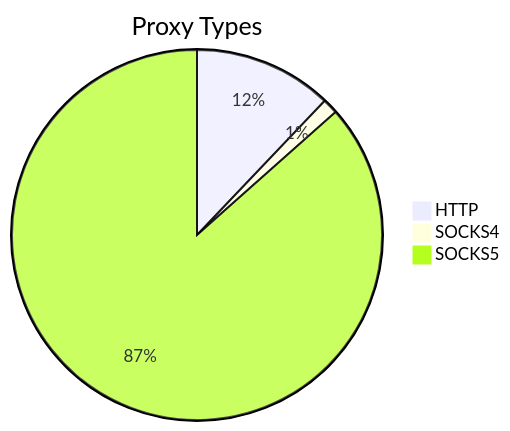
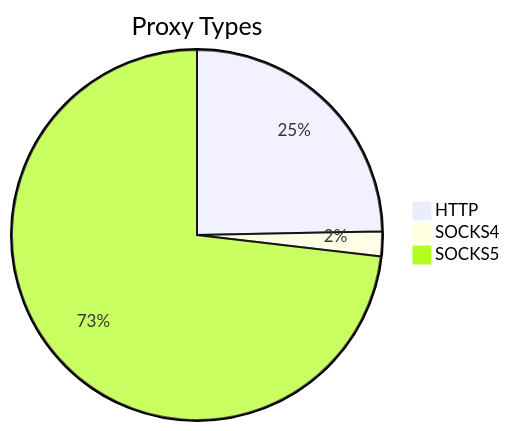
One commit to stormsia/proxy-list changed the first of 2 diagrams in README.md. Above: the diagram before and after it, drawn with Mermaid. The commit also changed other lines of this file, not shown here.

````diff
--- a/README.md
+++ b/README.md
@@ -21,6 +21,6 @@
 ```mermaid
 pie title Proxy Types
-    "HTTP" : 72
-    "SOCKS4" : 8
-    "SOCKS5" : 515
+    "HTTP" : 80
+    "SOCKS4" : 7
+    "SOCKS5" : 237
 ```
````
